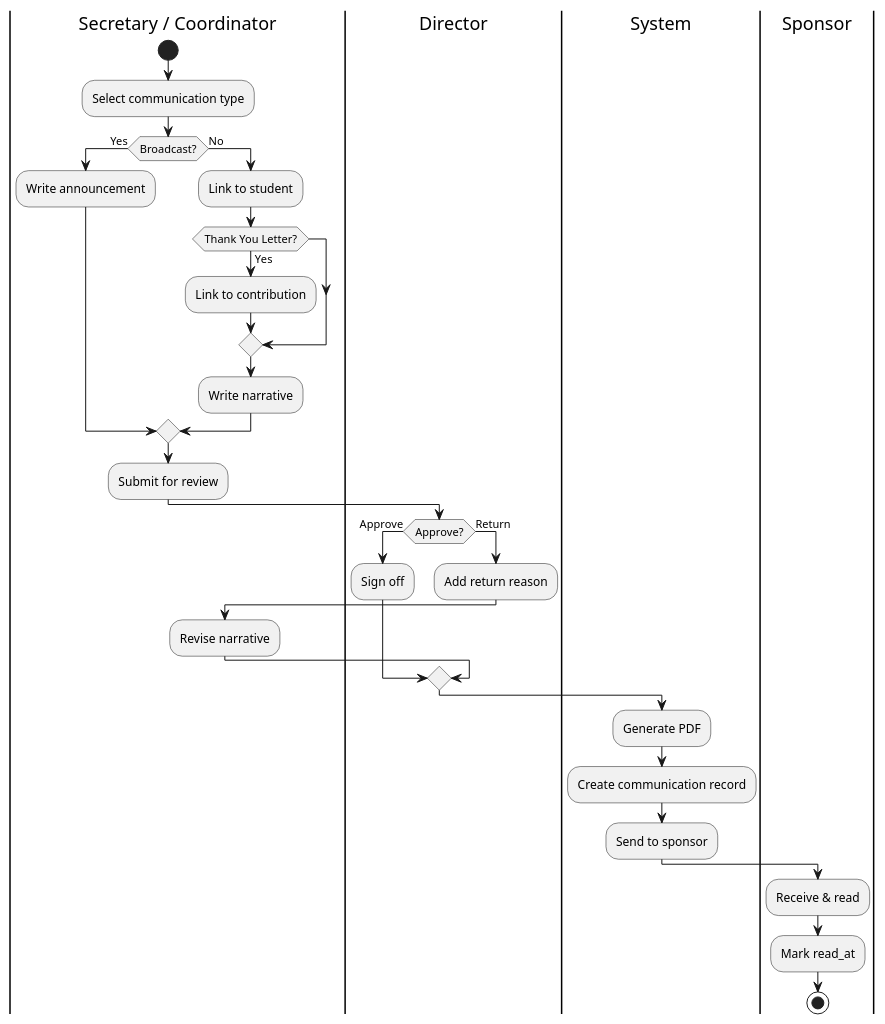
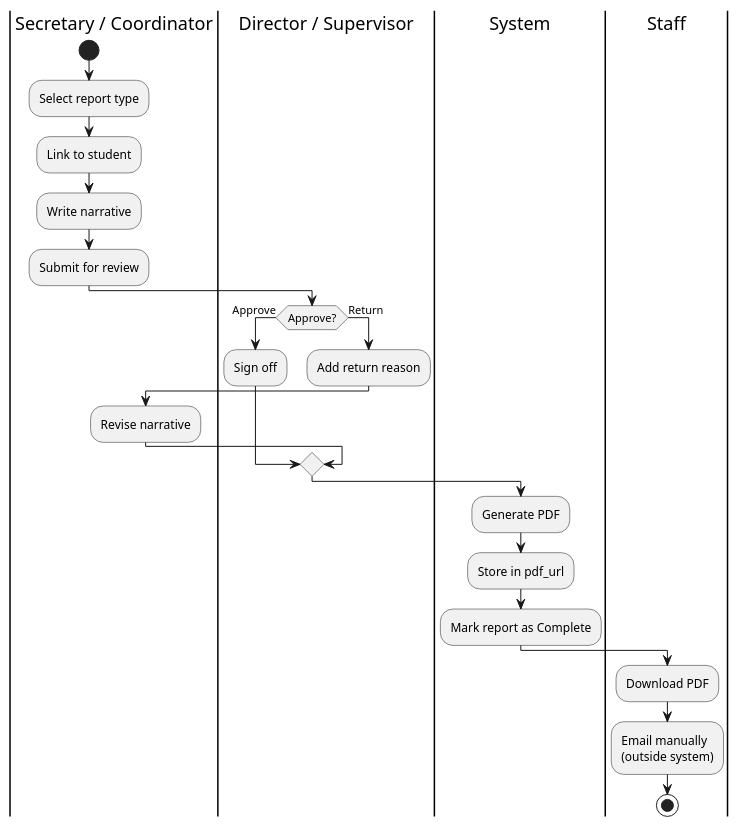
The diagram in activity-diagram/workflow_report.puml (TainYanTun/BHSMS-Architectural-Blueprint), drawn with PlantUML before and after one commit. The commit also changed 30 other files, not shown here.

```diff
--- a/activity-diagram/workflow_report.puml
+++ b/activity-diagram/workflow_report.puml
@@ -1,34 +1,28 @@
 @startuml
 |Secretary / Coordinator|
 start
-:Select communication type;
-if (Broadcast?) then (Yes)
-  :Write announcement; 
-else (No)
-  :Link to student;
-  if (Thank You Letter?) then (Yes)
-    :Link to contribution;
-  endif
-  :Write narrative;
-endif
+:Select report type;
+:Link to student;
+:Write narrative;
 :Submit for review;
 
-|Director|
+|Director / Supervisor|
 if (Approve?) then (Approve)
   :Sign off;
 else (Return)
   :Add return reason;
   |Secretary / Coordinator|
   :Revise narrative;
 endif
 
 |System|
 :Generate PDF;
-:Create communication record;
-:Send to sponsor;
+:Store in pdf_url;
+:Mark report as Complete;
 
-|Sponsor|
-:Receive & read;
-:Mark read_at;
+|Staff|
+:Download PDF;
+:Email manually\n(outside system);
+
 stop
 @enduml
```
